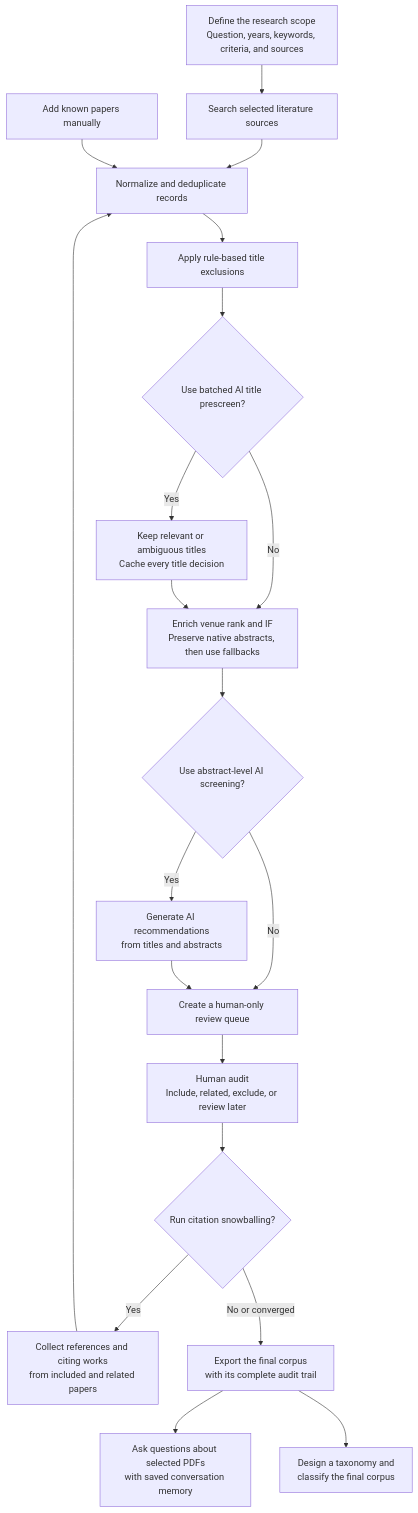
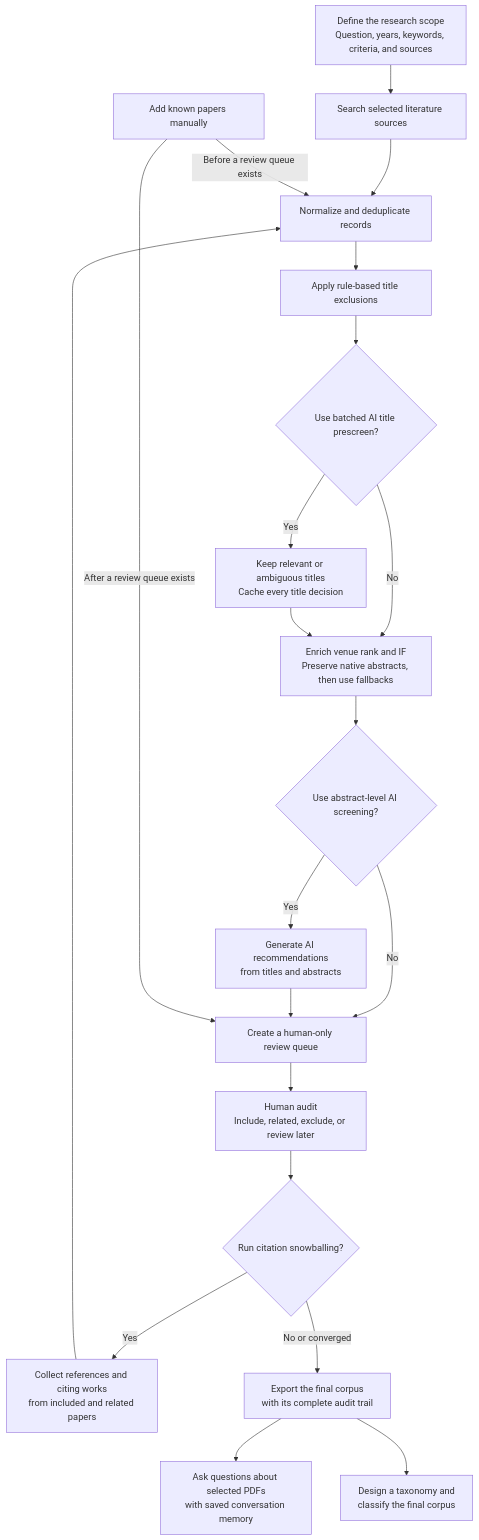
Before and after one commit to yo4c5ama/survey-tool: the diagram in README.md, drawn with Mermaid. The commit also changed other lines of this file and 15 other files, not shown here.

````diff
--- a/README.md
+++ b/README.md
@@ -12,22 +12,23 @@
 ```mermaid
 flowchart TD
     A["Define the research scope<br/>Question, years, keywords, criteria, and sources"] --> B["Search selected literature sources"]
     B --> C["Normalize and deduplicate records"]
-    P["Add known papers manually"] --> C
+    P["Add known papers manually"] -- "Before a review queue exists" --> C
     C --> E["Apply rule-based title exclusions"]
     E --> T{"Use batched AI title prescreen?"}
     T -- Yes --> U["Keep relevant or ambiguous titles<br/>Cache every title decision"]
     T -- No --> D["Enrich venue rank and IF<br/>Preserve native abstracts, then use fallbacks"]
     U --> D
     D --> F{"Use abstract-level AI screening?"}
     F -- Yes --> G["Generate AI recommendations<br/>from titles and abstracts"]
     F -- No --> H["Create a human-only review queue"]
     G --> H
+    P -- "After a review queue exists" --> H
     H --> I["Human audit<br/>Include, related, exclude, or review later"]
     I --> J{"Run citation snowballing?"}
     J -- Yes --> K["Collect references and citing works<br/>from included and related papers"]
     K --> C
     J -- "No or converged" --> L["Export the final corpus<br/>with its complete audit trail"]
     L --> M["Ask questions about selected PDFs<br/>with saved conversation memory"]
     L --> N["Design a taxonomy and<br/>classify the final corpus"]
 ```
````
